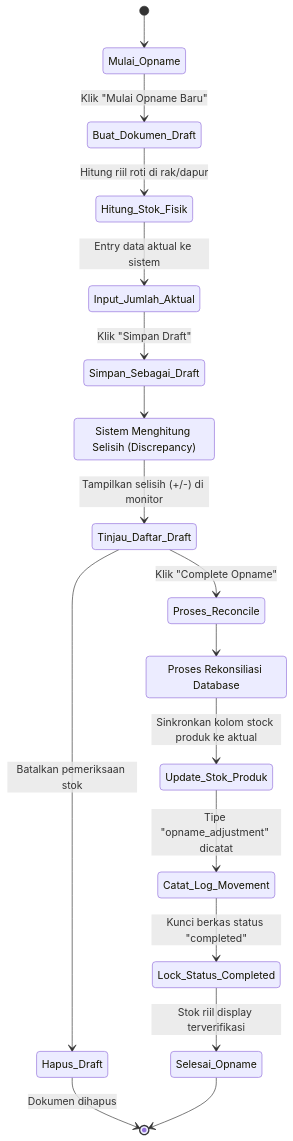
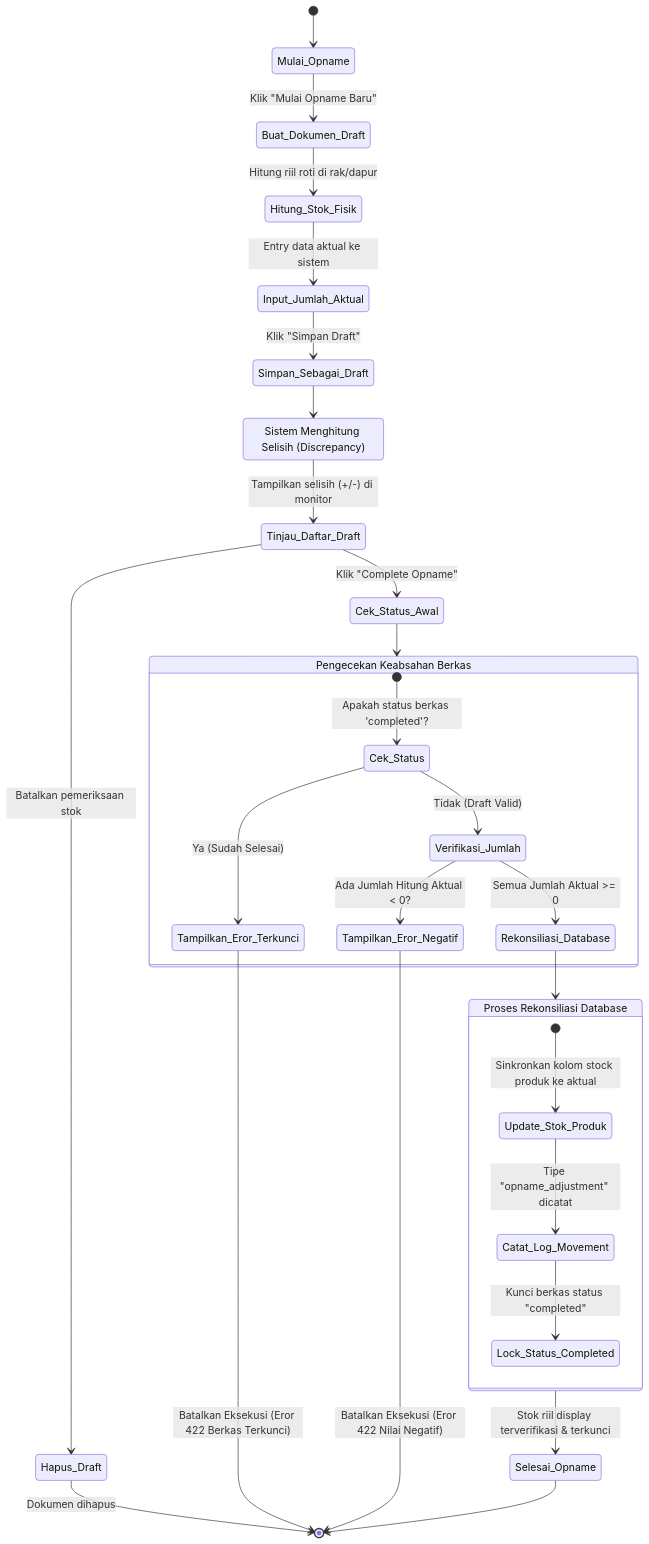
One commit to Hnzsama/kala_karsa changed diagram 12 of 14 in documentation.md. Above: the diagram before and after it, drawn with Mermaid. The commit also changed other lines of this file, not shown here.

Commit message:
docs: add comprehensive stock opname validation and error checking logic to DFD, Sequence, and Activity diagrams

````diff
--- a/documentation.md
+++ b/documentation.md
@@ -598,26 +652,39 @@
 ```mermaid
 stateDiagram-v2
     [*] --> Mulai_Opname
     Mulai_Opname --> Buat_Dokumen_Draft : Klik "Mulai Opname Baru"
     Buat_Dokumen_Draft --> Hitung_Stok_Fisik : Hitung riil roti di rak/dapur
     Hitung_Stok_Fisik --> Input_Jumlah_Aktual : Entry data aktual ke sistem
     Input_Jumlah_Aktual --> Simpan_Sebagai_Draft : Klik "Simpan Draft"
     
     state "Sistem Menghitung Selisih (Discrepancy)" as hitung_selisih
     Simpan_Sebagai_Draft --> hitung_selisih
     hitung_selisih --> Tinjau_Daftar_Draft : Tampilkan selisih (+/-) di monitor
     
     Tinjau_Daftar_Draft --> Hapus_Draft : Batalkan pemeriksaan stok
     Hapus_Draft --> [*] : Dokumen dihapus
     
-    Tinjau_Daftar_Draft --> Proses_Reconcile : Klik "Complete Opname"
+    Tinjau_Daftar_Draft --> Cek_Status_Awal : Klik "Complete Opname"
     
-    state "Proses Rekonsiliasi Database" as reconcile
-    Proses_Reconcile --> reconcile
+    state "Pengecekan Keabsahan Berkas" as check_validity {
+        [*] --> Cek_Status : Apakah status berkas 'completed'?
+        Cek_Status --> Tampilkan_Eror_Terkunci : Ya (Sudah Selesai)
+        Cek_Status --> Verifikasi_Jumlah : Tidak (Draft Valid)
+        Verifikasi_Jumlah --> Tampilkan_Eror_Negatif : Ada Jumlah Hitung Aktual < 0?
+        Verifikasi_Jumlah --> Rekonsiliasi_Database : Semua Jumlah Aktual >= 0
+    }
     
-    reconcile --> Update_Stok_Produk : Sinkronkan kolom stock produk ke aktual
-    Update_Stok_Produk --> Catat_Log_Movement : Tipe "opname_adjustment" dicatat
-    Catat_Log_Movement --> Lock_Status_Completed : Kunci berkas status "completed"
-    Lock_Status_Completed --> Selesai_Opname : Stok riil display terverifikasi
+    Cek_Status_Awal --> check_validity
+    Tampilkan_Eror_Terkunci --> [*] : Batalkan Eksekusi (Eror 422 Berkas Terkunci)
+    Tampilkan_Eror_Negatif --> [*] : Batalkan Eksekusi (Eror 422 Nilai Negatif)
+    
+    state "Proses Rekonsiliasi Database" as reconcile {
+        [*] --> Update_Stok_Produk : Sinkronkan kolom stock produk ke aktual
+        Update_Stok_Produk --> Catat_Log_Movement : Tipe "opname_adjustment" dicatat
+        Catat_Log_Movement --> Lock_Status_Completed : Kunci berkas status "completed"
+    }
+    
+    Rekonsiliasi_Database --> reconcile
+    reconcile --> Selesai_Opname : Stok riil display terverifikasi & terkunci
     Selesai_Opname --> [*]
 ```
````
